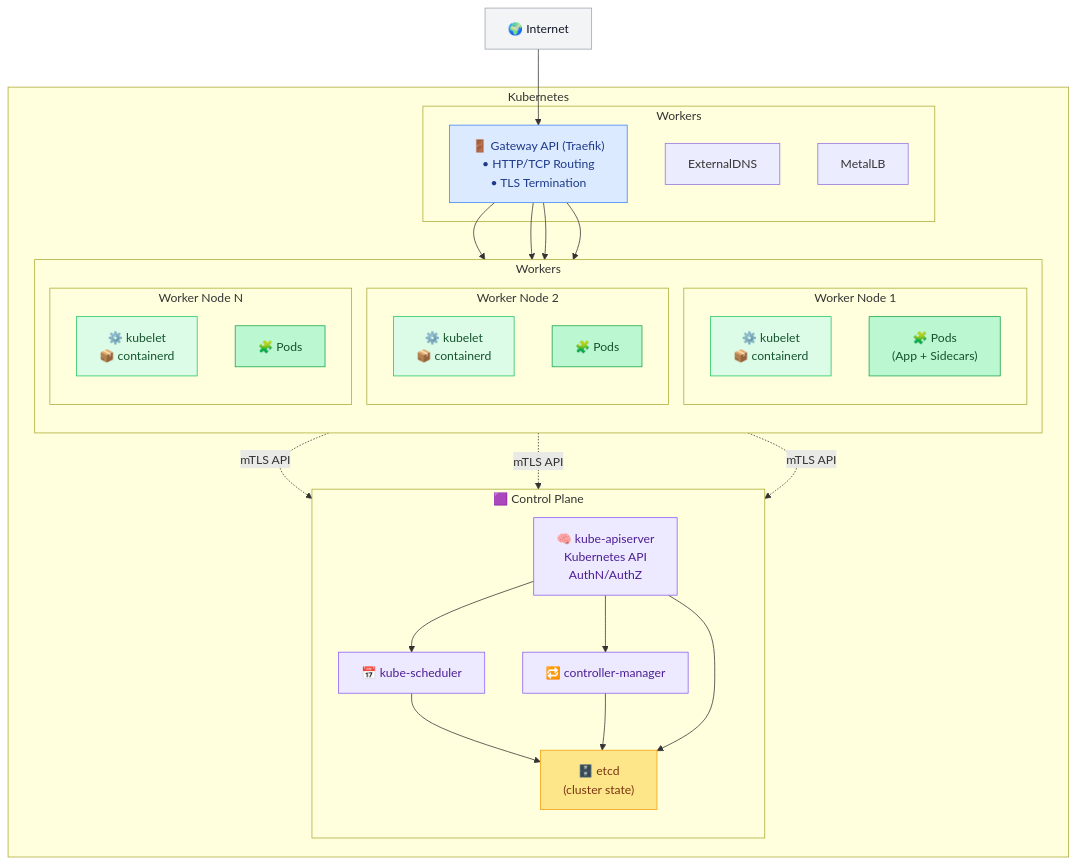
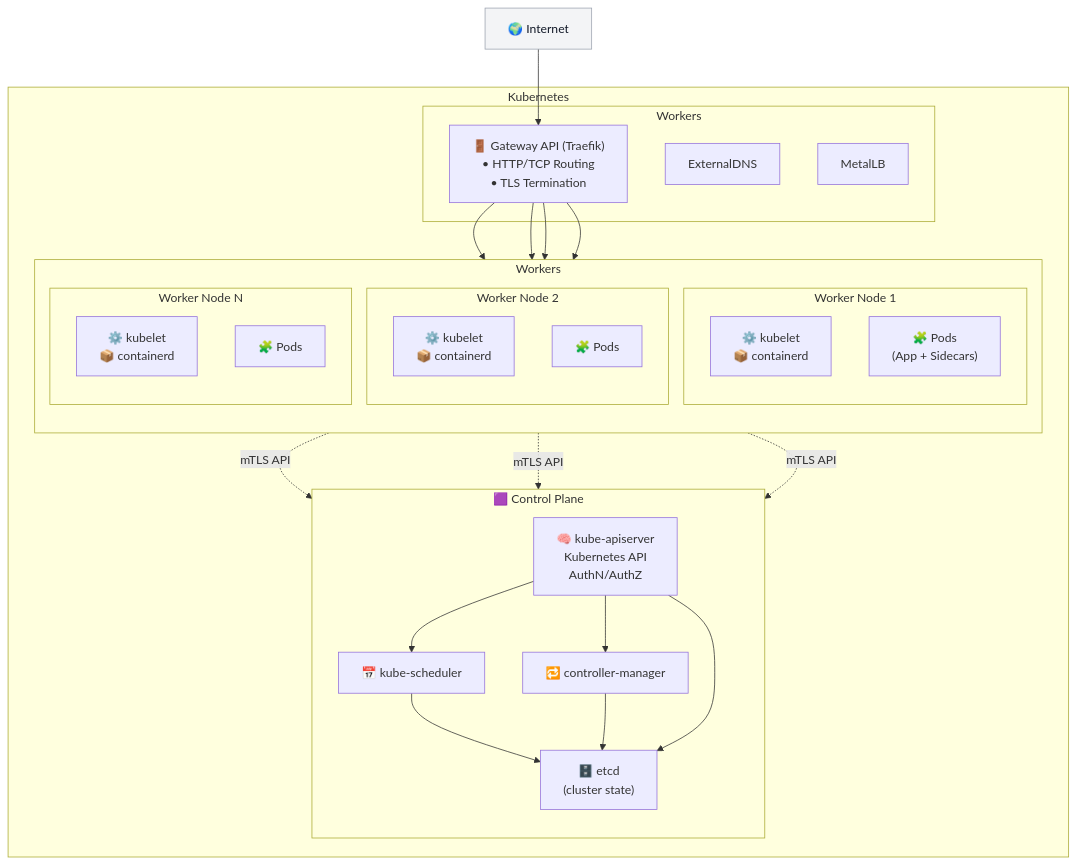
The diagram in schemas/k8s-architecture.mmd (kakwa/technically), drawn with Mermaid before and after one commit.

```diff
--- a/schemas/k8s-architecture.mmd
+++ b/schemas/k8s-architecture.mmd
@@ -1,88 +1,84 @@
 flowchart TB
 
     %% ========== STYLES ==========
     classDef internet fill:#f3f4f6,stroke:#9ca3af,color:#111827
-    classDef gateway fill:#dbeafe,stroke:#3b82f6,color:#1e3a8a
-    classDef worker fill:#dcfce7,stroke:#22c55e,color:#14532d
-    classDef pod fill:#bbf7d0,stroke:#16a34a,color:#14532d
-    classDef control fill:#ede9fe,stroke:#8b5cf6,color:#4c1d95
-    classDef etcd fill:#fde68a,stroke:#f59e0b,color:#78350f
+
     classDef k8s fill:#f8fafc,stroke:#3b82f6,stroke-width:2px,color:#1e3a8a
 
     %% ========== INTERNET ==========
     Internet["🌍 Internet"]
     class Internet internet
 
     subgraph K8S["Kubernetes"]
     %% ========== GATEWAY ==========
     subgraph AddOns["Workers"]
         Gateway["🚪 Gateway API (Traefik)\n• HTTP/TCP Routing\n• TLS Termination"]
         class Gateway gateway
         ExternalDNS["ExternalDNS"]
         MetalLB["MetalLB"]
     end
 
     %% ========== WORKER RUNTIME ==========
     subgraph Runtime["Workers"]
         direction TB
 
         subgraph W1["Worker Node 1"]
             W1_stack["⚙️ kubelet\n📦 containerd"]
             W1_pods["🧩 Pods\n(App + Sidecars)"]
             class W1_stack worker
             class W1_pods pod
         end
 
         subgraph W2["Worker Node 2"]
             W2_stack["⚙️ kubelet\n📦 containerd"]
             W2_pods["🧩 Pods"]
             class W2_stack worker
             class W2_pods pod
         end
 
         subgraph WN["Worker Node N"]
             WN_stack["⚙️ kubelet\n📦 containerd"]
             WN_pods["🧩 Pods"]
             class WN_stack worker
             class WN_pods pod
         end
     end
 
     %% ========== CONTROL PLANE ==========
     subgraph ControlPlane["🟪 Control Plane"]
         direction TB
 
         API["🧠 kube-apiserver\nKubernetes API\nAuthN/AuthZ"]
         Scheduler["📅 kube-scheduler"]
         Controller["🔁 controller-manager"]
         Etcd["🗄️ etcd\n(cluster state)"]
 
         class API control
         class Scheduler control
         class Controller control
         class Etcd etcd
     end
     class K8S k8s
     end
 
 
     %% ========== FLOWS ==========
     Internet --> Gateway
     Gateway --> Runtime
 
     %% Gateway to pods
     Gateway --> W1_pods
     Gateway --> W2_pods
     Gateway --> WN_pods
 
     %% Control plane communication
     W1_stack -. "mTLS API" .-> API
     W2_stack -. "mTLS API" .-> API
     WN_stack -. "mTLS API" .-> API
 
     %% Control plane internals
     API --> Scheduler
     API --> Controller
     Scheduler --> Etcd
     Controller --> Etcd
     API --> Etcd
```
